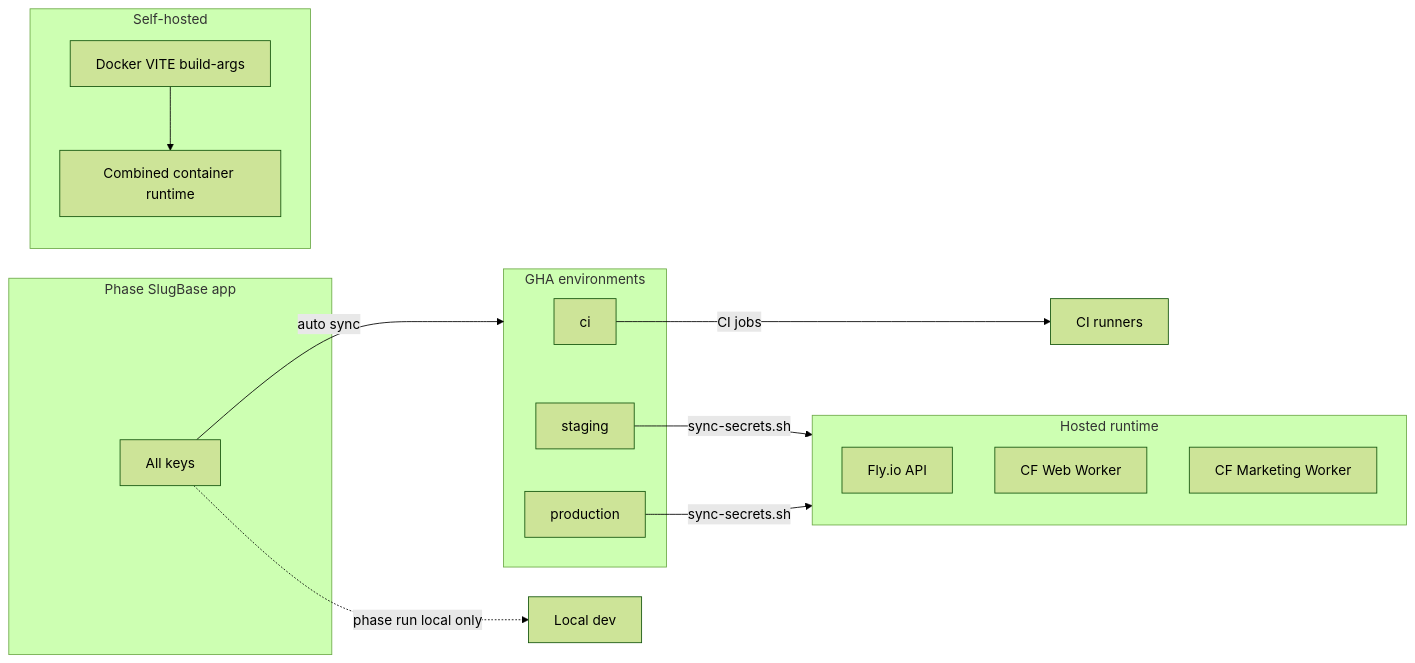
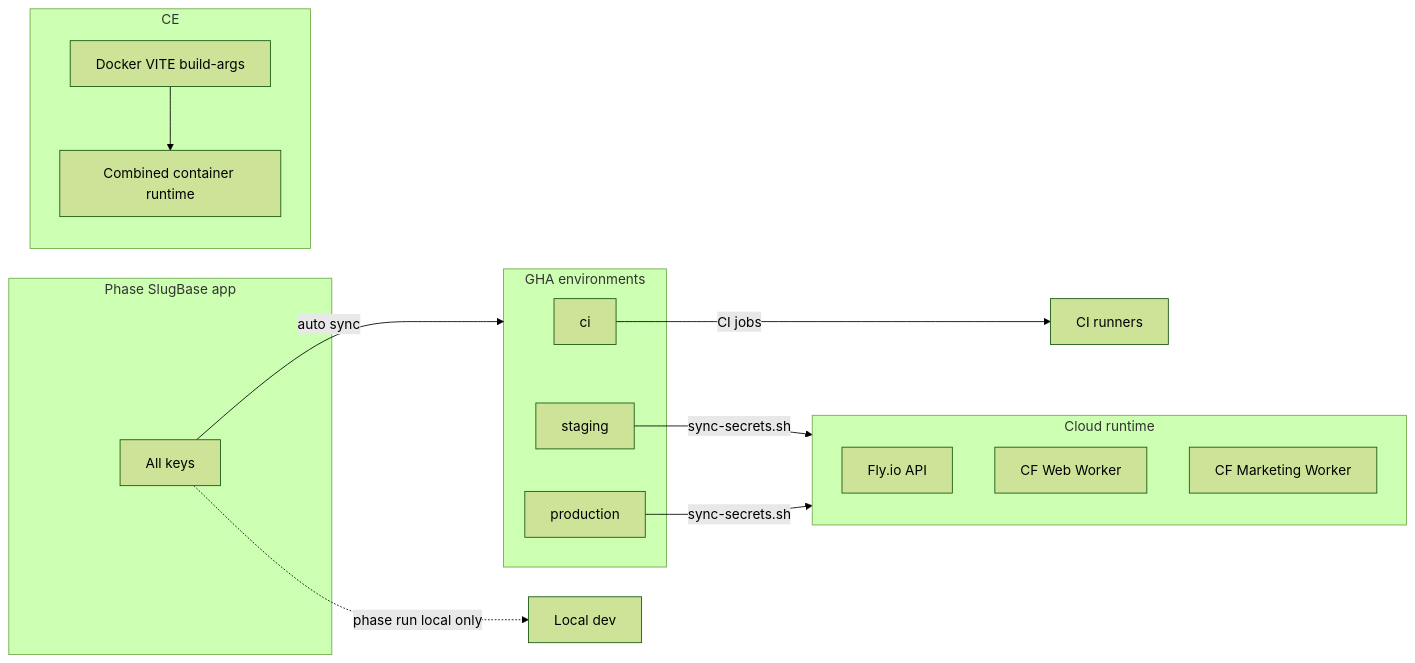
The diagram in docs/internal/environment-variables.md (mdg-labs/slugbase), drawn with Mermaid (forest theme) before and after one commit. The commit also changed other lines of this file and 8 other files, not shown here.

````diff
--- a/docs/internal/environment-variables.md
+++ b/docs/internal/environment-variables.md
@@ -144,26 +154,26 @@
 ```mermaid
 flowchart LR
   subgraph phase [Phase SlugBase app]
     keys[All keys]
   end
   subgraph gha [GHA environments]
     ciEnv[ci]
     stgEnv[staging]
     prodEnv[production]
   end
-  subgraph hosted [Hosted runtime]
+  subgraph cloud [Cloud runtime]
     fly[Fly.io API]
     webWorker[CF Web Worker]
     mktWorker[CF Marketing Worker]
   end
-  subgraph selfhost [Self-hosted]
+  subgraph ce [CE]
     dockerBuild[Docker VITE build-args]
     container[Combined container runtime]
   end
   keys -->|auto sync| gha
   ciEnv -->|CI jobs| ciRunner[CI runners]
-  stgEnv -->|sync-secrets.sh| hosted
-  prodEnv -->|sync-secrets.sh| hosted
+  stgEnv -->|sync-secrets.sh| cloud
+  prodEnv -->|sync-secrets.sh| cloud
   keys -.->|phase run local only| localDev[Local dev]
   dockerBuild --> container
 ```
````
